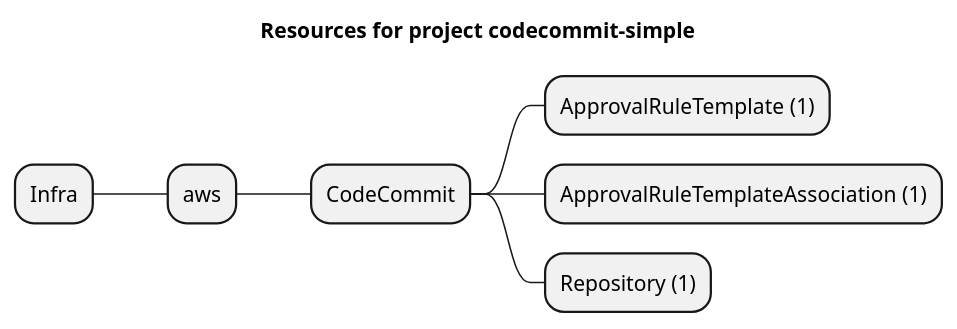
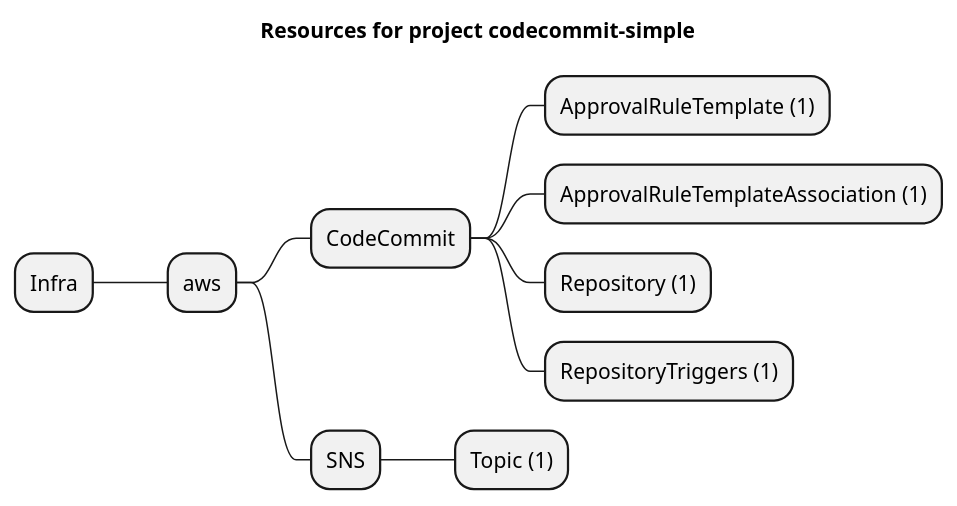
Before and after one commit to grucloud/grucloud: the diagram in examples/aws/CodeCommit/codecommit-simple/artifacts/resources-mindmap.puml, drawn with PlantUML. The commit also changed 7 other files, not shown here.

Commit message:
CodeCommitRepositoryTriggers

```diff
--- a/examples/aws/CodeCommit/codecommit-simple/artifacts/resources-mindmap.puml
+++ b/examples/aws/CodeCommit/codecommit-simple/artifacts/resources-mindmap.puml
@@ -1,10 +1,13 @@
 @startmindmap
 title Resources for project codecommit-simple
 skinparam monochrome true
 + Infra
 ++ aws
 +++ CodeCommit
 ++++ ApprovalRuleTemplate (1)
 ++++ ApprovalRuleTemplateAssociation (1)
 ++++ Repository (1)
+++++ RepositoryTriggers (1)
++++ SNS
+++++ Topic (1)
 @endmindmap
```
